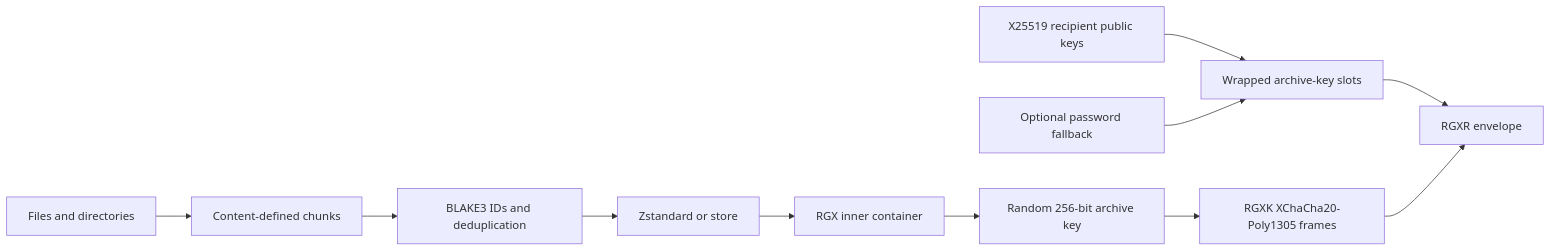
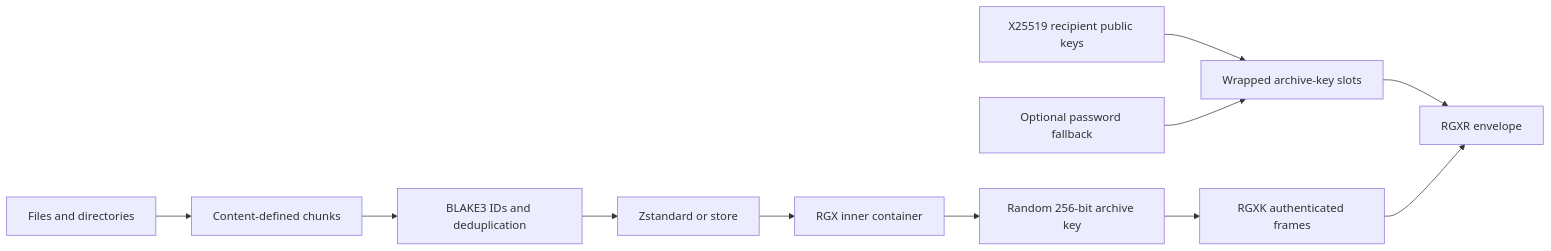
Before and after one commit to 0xRech/.rgx: the diagram in README.md, drawn with Mermaid. The commit also changed other lines of this file, not shown here.

````diff
--- a/README.md
+++ b/README.md
@@ -155,13 +166,13 @@
 ```mermaid
 flowchart LR
     A[Files and directories] --> B[Content-defined chunks]
     B --> C[BLAKE3 IDs and deduplication]
     C --> D[Zstandard or store]
     D --> E[RGX inner container]
     E --> F[Random 256-bit archive key]
-    F --> G[RGXK XChaCha20-Poly1305 frames]
+    F --> G[RGXK authenticated frames]
     H[X25519 recipient public keys] --> I[Wrapped archive-key slots]
     J[Optional password fallback] --> I
     I --> K[RGXR envelope]
     G --> K
 ```
````
